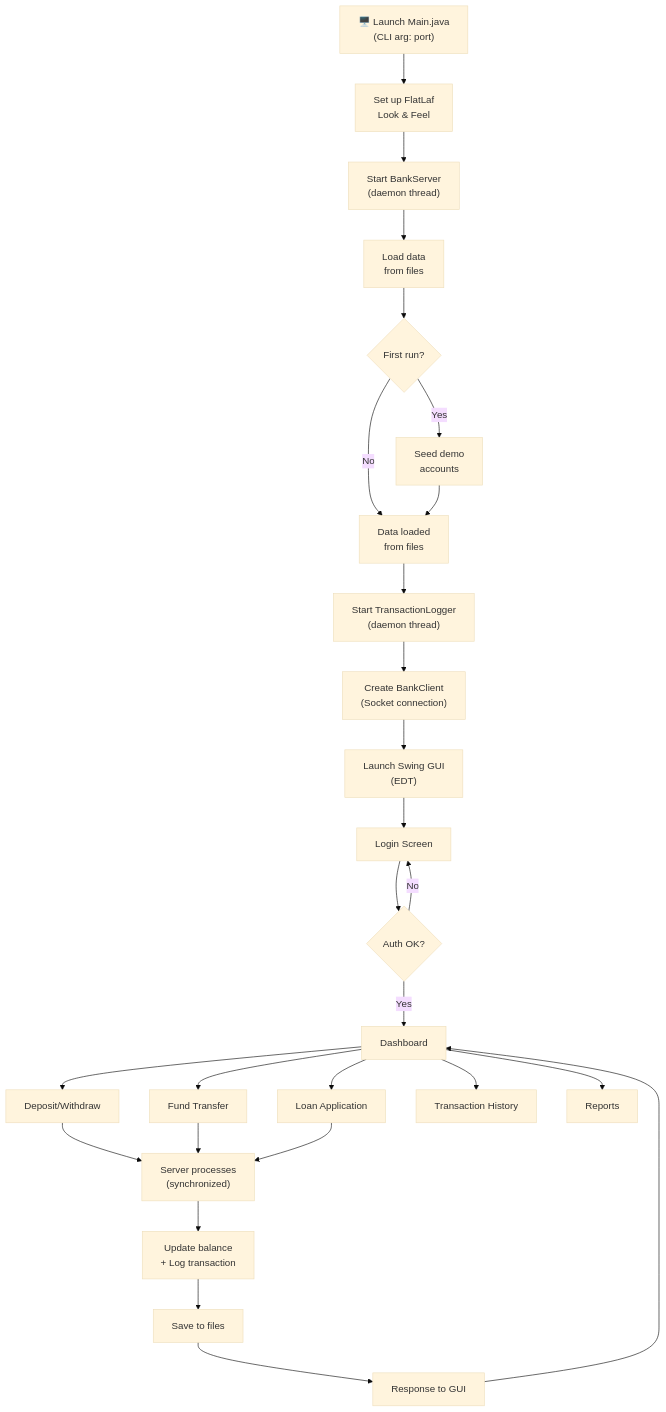
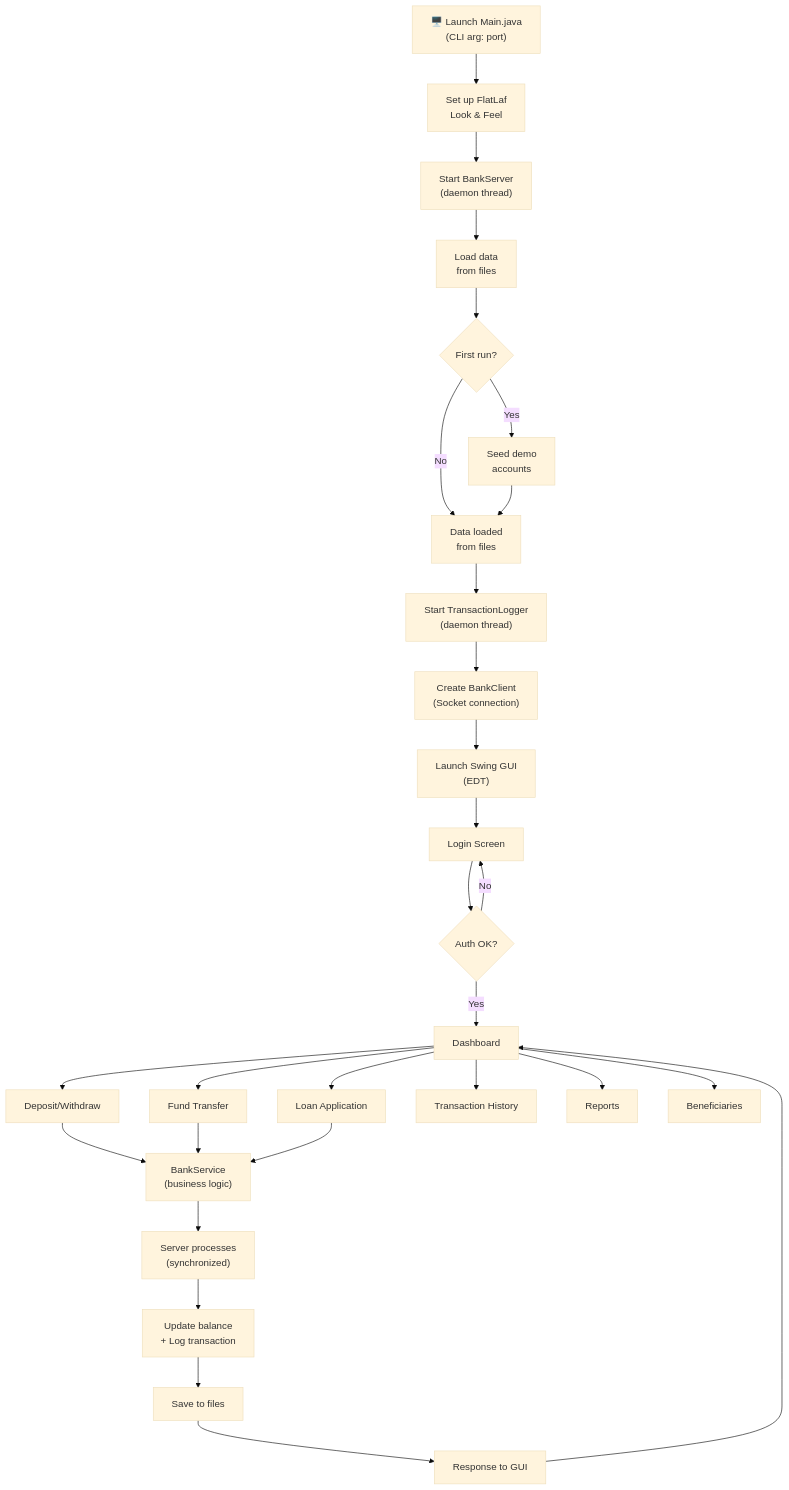
The first of 3 diagrams in README.md (Divyansh-Kashiv07/SecureBank), drawn with Mermaid (base theme) before and after one commit. The commit also changed other lines of this file and 1 other file, not shown here.

First line of the commit message:
docs: update README with new features + add knowledge graph screenshot

````diff
--- a/README.md
+++ b/README.md
@@ -65,27 +82,29 @@
 ```mermaid
 flowchart TD
     A["🖥️ Launch Main.java<br/>(CLI arg: port)"] --> B["Set up FlatLaf<br/>Look & Feel"]
     B --> C["Start BankServer<br/>(daemon thread)"]
     C --> D["Load data<br/>from files"]
     D --> E{"First run?"}
     E -->|Yes| F["Seed demo<br/>accounts"]
     E -->|No| G["Data loaded<br/>from files"]
     F --> G
     G --> H["Start TransactionLogger<br/>(daemon thread)"]
     H --> I["Create BankClient<br/>(Socket connection)"]
     I --> J["Launch Swing GUI<br/>(EDT)"]
     J --> K["Login Screen"]
     K --> L{"Auth OK?"}
     L -->|Yes| M["Dashboard"]
     L -->|No| K
     M --> N["Deposit/Withdraw"]
     M --> O["Fund Transfer"]
     M --> P["Loan Application"]
     M --> Q["Transaction History"]
     M --> R["Reports"]
-    N & O & P --> S["Server processes<br/>(synchronized)"]
-    S --> T["Update balance<br/>+ Log transaction"]
-    T --> U["Save to files"]
-    U --> V["Response to GUI"]
-    V --> M
+    M --> S["Beneficiaries"]
+    N & O & P --> T["BankService<br/>(business logic)"]
+    T --> U["Server processes<br/>(synchronized)"]
+    U --> V["Update balance<br/>+ Log transaction"]
+    V --> W["Save to files"]
+    W --> X["Response to GUI"]
+    X --> M
 ```
````
